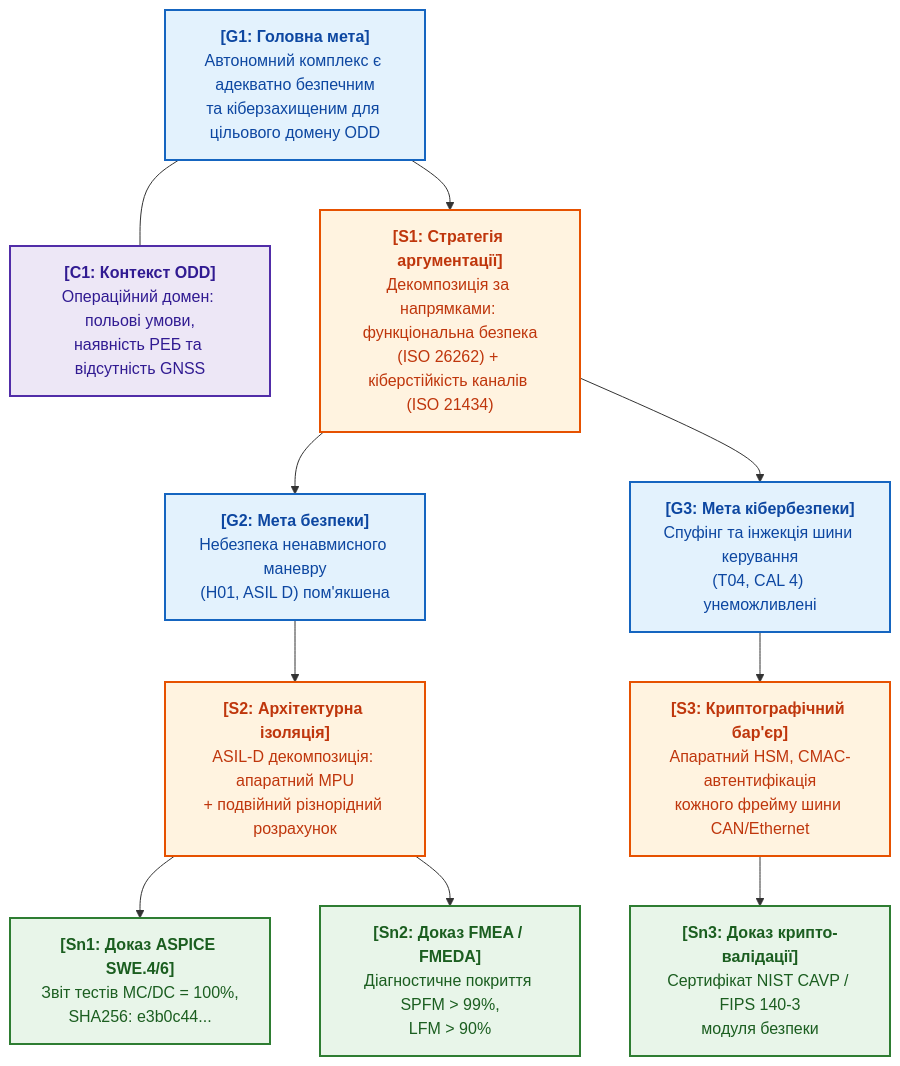
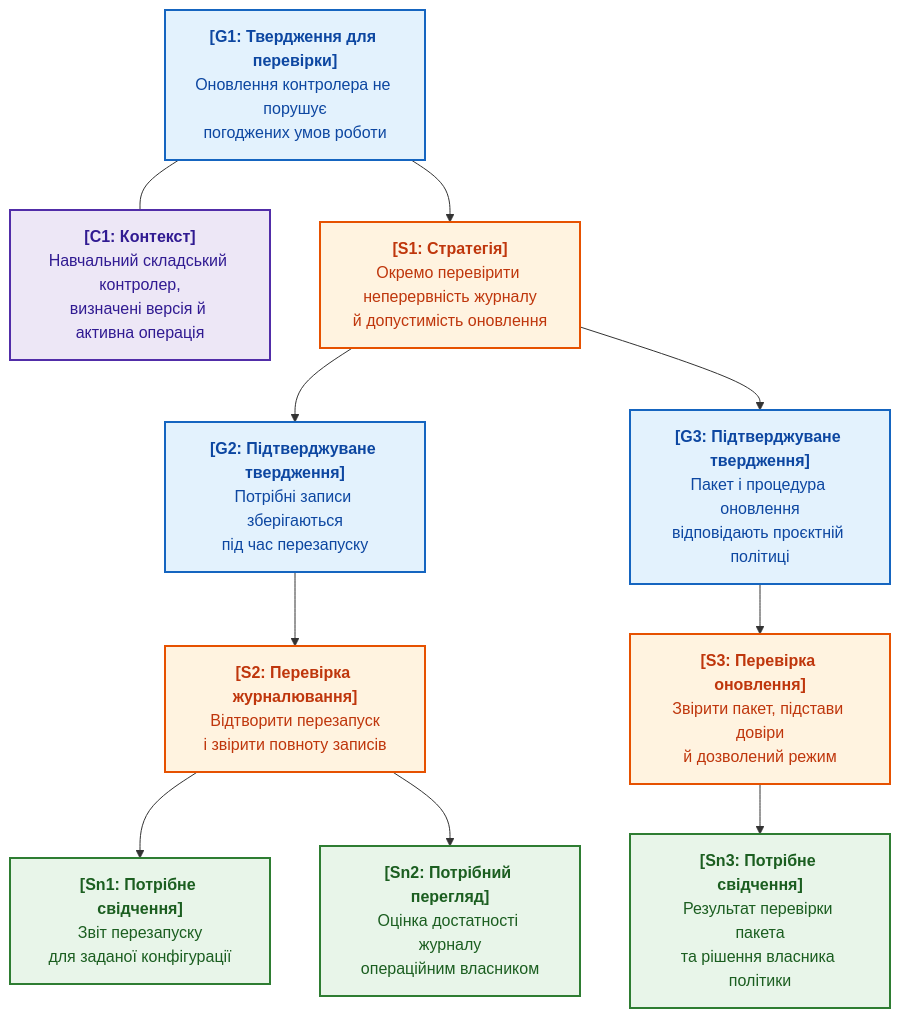
The fourth of 4 diagrams in ExpertSystem/ch30-safety-cybersecurity-co-engineering.md (nick-fedchik/articles), drawn with Mermaid before and after one commit. The commit also changed other lines of this file and 20 other files, not shown here.

````diff
--- a/ExpertSystem/ch30-safety-cybersecurity-co-engineering.md
+++ b/ExpertSystem/ch30-safety-cybersecurity-co-engineering.md
@@ -351,39 +346,39 @@
 ```mermaid
 flowchart TD
     accTitle: Структура дерева аргументації GSN для сумісної безпеки та кібербезпеки
-    accDescr: Дерево GSN від кореневої мети через стратегії ASIL та TARA до верифікованих рішень.
+    accDescr: Навчальний каркас аргументу про оновлення контролера та неперервність журналювання; вузли свідчень є запланованими перевірками, не отриманими сертифікатами.
 
-    G1["<b>[G1: Головна мета]</b><br/>Автономний комплекс є адекватно безпечним<br/>та кіберзахищеним для цільового домену ODD"]
+    G1["<b>[G1: Твердження для перевірки]</b><br/>Оновлення контролера не порушує<br/>погоджених умов роботи"]
     
-    C1["<b>[C1: Контекст ODD]</b><br/>Операційний домен: польові умови,<br/>наявність РЕБ та відсутність GNSS"]
+    C1["<b>[C1: Контекст]</b><br/>Навчальний складський контролер,<br/>визначені версія й активна операція"]
     
-    S1["<b>[S1: Стратегія аргументації]</b><br/>Декомпозиція за напрямками: функціональна безпека<br/>(ISO 26262) + кіберстійкість каналів (ISO 21434)"]
+    S1["<b>[S1: Стратегія]</b><br/>Окремо перевірити неперервність журналу<br/>й допустимість оновлення"]
 
-    G2["<b>[G2: Мета безпеки]</b><br/>Небезпека ненавмисного маневру<br/>(H01, ASIL D) пом'якшена"]
-    G3["<b>[G3: Мета кібербезпеки]</b><br/>Спуфінг та інжекція шини керування<br/>(T04, CAL 4) унеможливлені"]
+    G2["<b>[G2: Підтверджуване твердження]</b><br/>Потрібні записи зберігаються<br/>під час перезапуску"]
+    G3["<b>[G3: Підтверджуване твердження]</b><br/>Пакет і процедура оновлення<br/>відповідають проєктній політиці"]
 
-    S2["<b>[S2: Архітектурна ізоляція]</b><br/>ASIL-D декомпозиція: апаратний MPU<br/>+ подвійний різнорідний розрахунок"]
-    S3["<b>[S3: Криптографічний бар'єр]</b><br/>Апаратний HSM, CMAC-автентифікація<br/>кожного фрейму шини CAN/Ethernet"]
+    S2["<b>[S2: Перевірка журналювання]</b><br/>Відтворити перезапуск<br/>і звірити повноту записів"]
+    S3["<b>[S3: Перевірка оновлення]</b><br/>Звірити пакет, підстави довіри<br/>й дозволений режим"]
 
-    Sn1["<b>[Sn1: Доказ ASPICE SWE.4/6]</b><br/>Звіт тестів MC/DC = 100%,<br/>SHA256: e3b0c44..."]
-    Sn2["<b>[Sn2: Доказ FMEA / FMEDA]</b><br/>Діагностичне покриття SPFM > 99%,<br/>LFM > 90%"]
-    Sn3["<b>[Sn3: Доказ крипто-валідації]</b><br/>Сертифікат NIST CAVP / FIPS 140-3<br/>модуля безпеки"]
+    Sn1["<b>[Sn1: Потрібне свідчення]</b><br/>Звіт перезапуску<br/>для заданої конфігурації"]
+    Sn2["<b>[Sn2: Потрібний перегляд]</b><br/>Оцінка достатності журналу<br/>операційним власником"]
+    Sn3["<b>[Sn3: Потрібне свідчення]</b><br/>Результат перевірки пакета<br/>та рішення власника політики"]
 
     G1 --- C1
     G1 --> S1
     S1 --> G2 & G3
     G2 --> S2
     G3 --> S3
     S2 --> Sn1 & Sn2
     S3 --> Sn3
 
     classDef goal fill:#e3f2fd,stroke:#1565c0,stroke-width:2px,color:#0d47a1;
     classDef context fill:#ede7f6,stroke:#512da8,stroke-width:2px,color:#311b92;
     classDef strategy fill:#fff3e0,stroke:#e65100,stroke-width:2px,color:#bf360c;
     classDef solution fill:#e8f5e9,stroke:#2e7d32,stroke-width:2px,color:#1b5e20;
 
     class G1,G2,G3 goal;
     class C1 context;
     class S1,S2,S3 strategy;
     class Sn1,Sn2,Sn3 solution;
 ```
````
